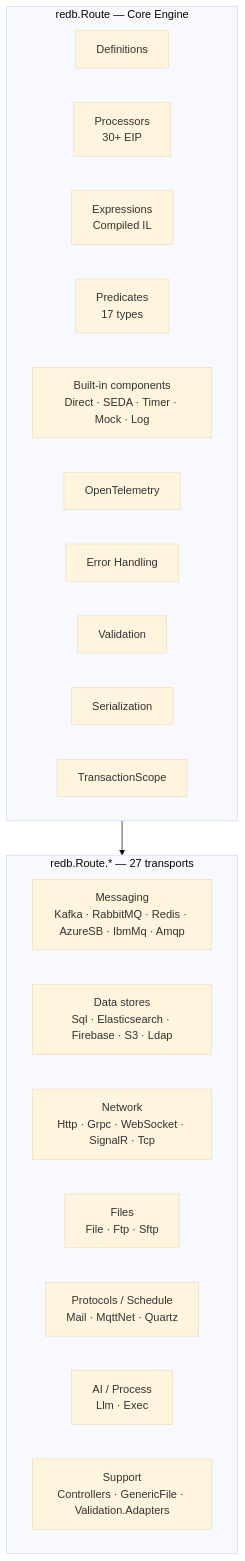
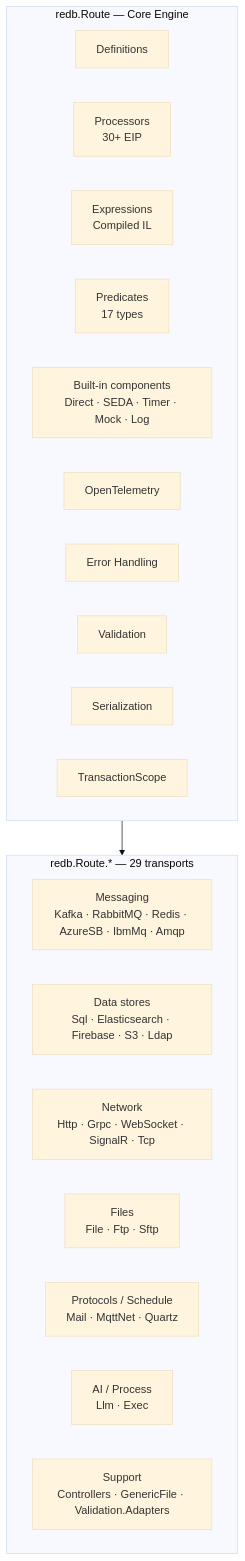
One commit to redbase-app/redb-route changed the third of 6 diagrams in README.md. Above: the diagram before and after it, drawn with Mermaid (base theme). The commit also changed other lines of this file and 143 other files, not shown here.

````diff
--- a/README.md
+++ b/README.md
@@ -1305,27 +1331,27 @@
 ```mermaid
 flowchart TB
     subgraph Core["redb.Route — Core Engine"]
         Defs[Definitions]
         Procs["Processors\n30+ EIP"]
         Expr["Expressions\nCompiled IL"]
         Pred["Predicates\n17 types"]
         Built["Built-in components\nDirect · SEDA · Timer · Mock · Log"]
         Tele[OpenTelemetry]
         Err[Error Handling]
         Val[Validation]
         Ser[Serialization]
         Tx[TransactionScope]
     end
 
-    subgraph Transports["redb.Route.* — 27 transports"]
+    subgraph Transports["redb.Route.* — 29 transports"]
         Msg["Messaging\nKafka · RabbitMQ · Redis · AzureSB · IbmMq · Amqp"]
         Data["Data stores\nSql · Elasticsearch · Firebase · S3 · Ldap"]
         Net["Network\nHttp · Grpc · WebSocket · SignalR · Tcp"]
         Files["Files\nFile · Ftp · Sftp"]
         Proto["Protocols / Schedule\nMail · MqttNet · Quartz"]
         AI["AI / Process\nLlm · Exec"]
         Sup["Support\nControllers · GenericFile · Validation.Adapters"]
     end
 
     Core --> Transports
 ```
````
